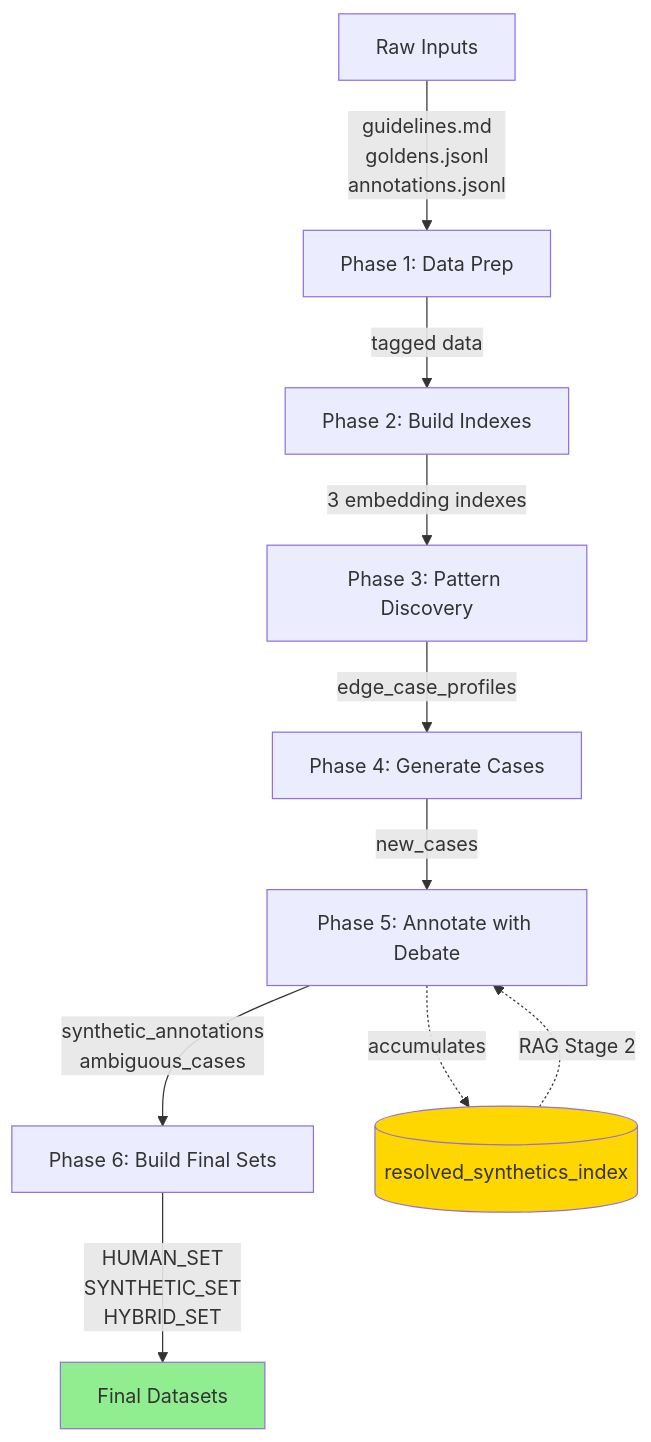
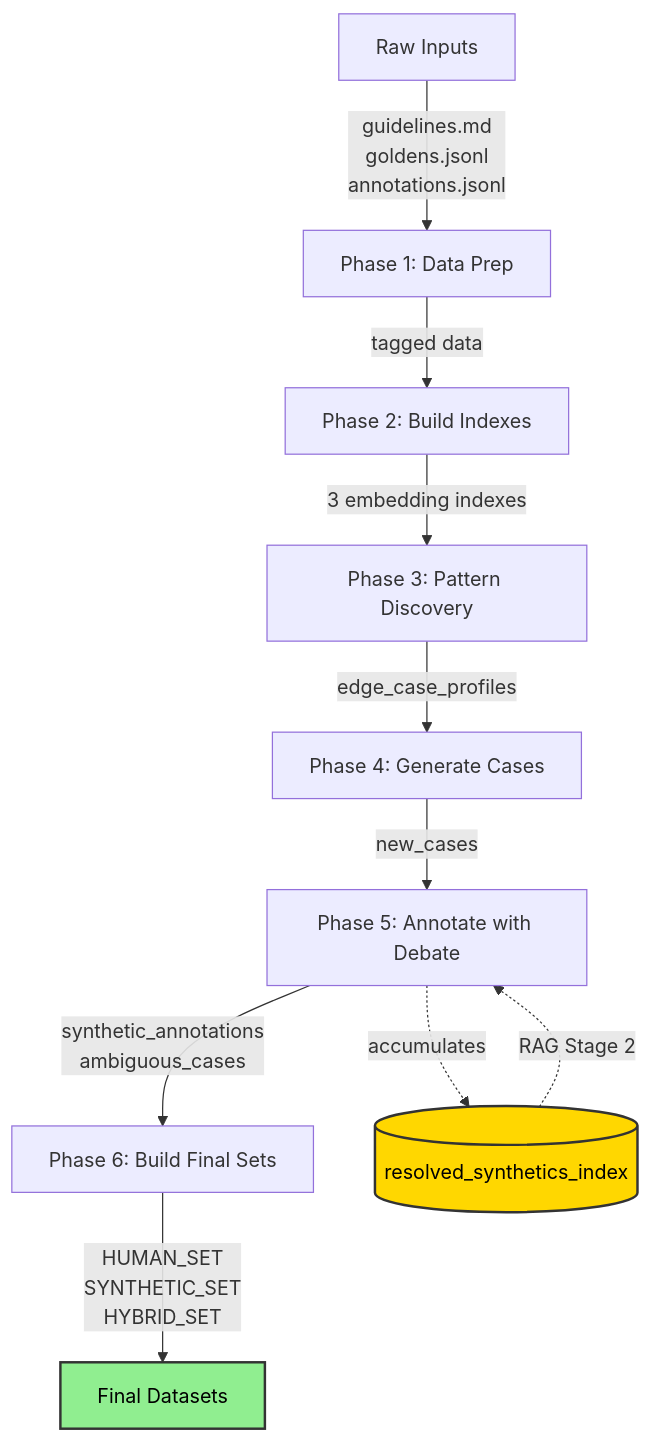
The first of 15 diagrams in ARCHITECTURE.md (arteaga-uux/Edge-Case-Annotator-Agent), drawn with Mermaid before and after one commit. The commit also changed other lines of this file and 1 other file, not shown here.

````diff
--- a/ARCHITECTURE.md
+++ b/ARCHITECTURE.md
@@ -9,16 +9,16 @@
 ```mermaid
 graph TD
     A[Raw Inputs] -->|guidelines.md<br/>goldens.jsonl<br/>annotations.jsonl| B[Phase 1: Data Prep]
     B -->|tagged data| C[Phase 2: Build Indexes]
     C -->|3 embedding indexes| D[Phase 3: Pattern Discovery]
     D -->|edge_case_profiles| E[Phase 4: Generate Cases]
     E -->|new_cases| F[Phase 5: Annotate with Debate]
     F -->|synthetic_annotations<br/>ambiguous_cases| G[Phase 6: Build Final Sets]
     G -->|HUMAN_SET<br/>SYNTHETIC_SET<br/>HYBRID_SET| H[Final Datasets]
     
     F -.->|accumulates| I[(resolved_synthetics_index)]
     I -.->|RAG Stage 2| F
     
-    style H fill:#90EE90
-    style I fill:#FFD700
+    style H fill:#90EE90,stroke:#333,stroke-width:2px,color:#000
+    style I fill:#FFD700,stroke:#333,stroke-width:2px,color:#000
 ```
````
